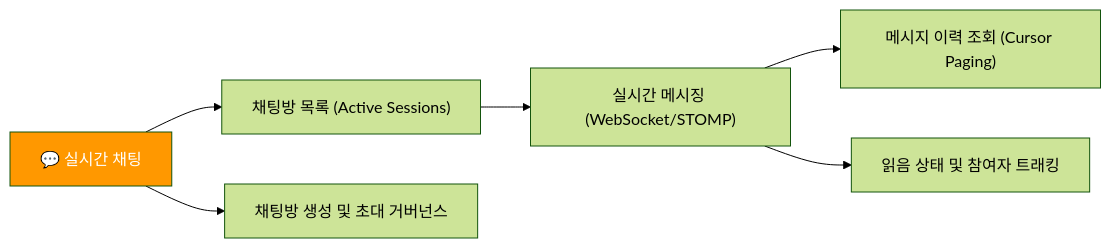
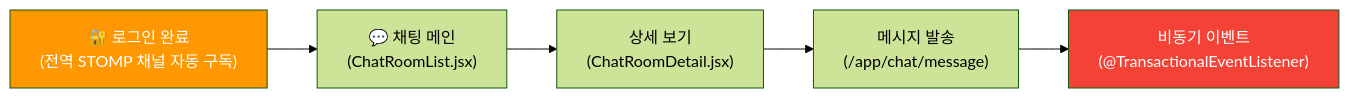
One commit to KJH-Portfolio/202602-Environmenta-Organization changed the second of 3 diagrams in ia.md. Above: the diagram before and after it, drawn with Mermaid (forest theme). The commit also changed other lines of this file and 4 other files, not shown here.

````diff
--- a/ia.md
+++ b/ia.md
@@ -65,11 +47,10 @@
 ```mermaid
 graph LR
-    SUB_C["💬 실시간 채팅"] --> C1["채팅방 목록 (Active Sessions)"]
-    C1 --> C2["실시간 메시징 (WebSocket/STOMP)"]
-    C2 --> C3["메시지 이력 조회 (Cursor Paging)"]
-    C2 --> C4["읽음 상태 및 참여자 트래킹"]
+    C_LOGIN["🔐 로그인 완료<br/>(전역 STOMP 채널 자동 구독)"] --> C_MAIN["💬 채팅 메인<br/>(ChatRoomList.jsx)"]
+    C_MAIN --> C_DETAIL["상세 보기<br/>(ChatRoomDetail.jsx)"]
+    C_DETAIL --> C_PUB["메시지 발송<br/>(/app/chat/message)"]
+    C_PUB --> C_EVENT["비동기 이벤트<br/>(@TransactionalEventListener)"]
     
-    SUB_C --> C5["채팅방 생성 및 초대 거버넌스"]
-
-    style SUB_C fill:#FF9800,color:#fff
+    style C_LOGIN fill:#FF9800,color:#fff
+    style C_EVENT fill:#F44336,color:#fff
 ```
````
